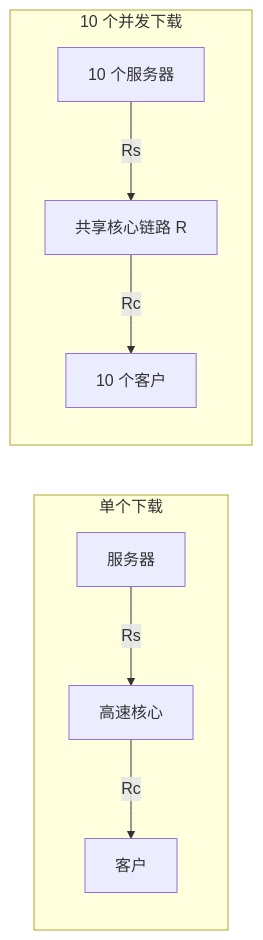
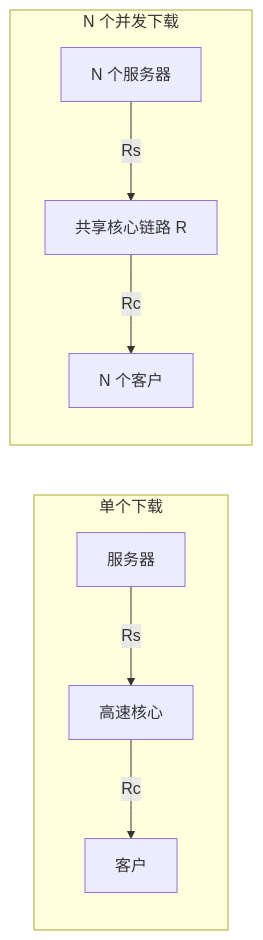
One commit to Meer-Matze/Meer-Matze.github.io changed the ninth of 10 diagrams in src/content/posts/计算机网络和因特网.md. Above: the diagram before and after it, drawn with Mermaid. The commit also changed other lines of this file, not shown here.

````diff
--- a/src/content/posts/计算机网络和因特网.md
+++ b/src/content/posts/计算机网络和因特网.md
@@ -1708,10 +841,10 @@
 ```mermaid
 graph LR
   subgraph a["单个下载"]
     S1["服务器"] -->|"Rs"| CORE1["高速核心"] -->|"Rc"| C1["客户"]
   end
 
-  subgraph b["10 个并发下载"]
-    S2["10 个服务器"] -->|"Rs"| CORE2["共享核心链路 R"] -->|"Rc"| C2["10 个客户"]
+  subgraph b["N 个并发下载"]
+    S2["N 个服务器"] -->|"Rs"| CORE2["共享核心链路 R"] -->|"Rc"| C2["N 个客户"]
   end
 ```
````
